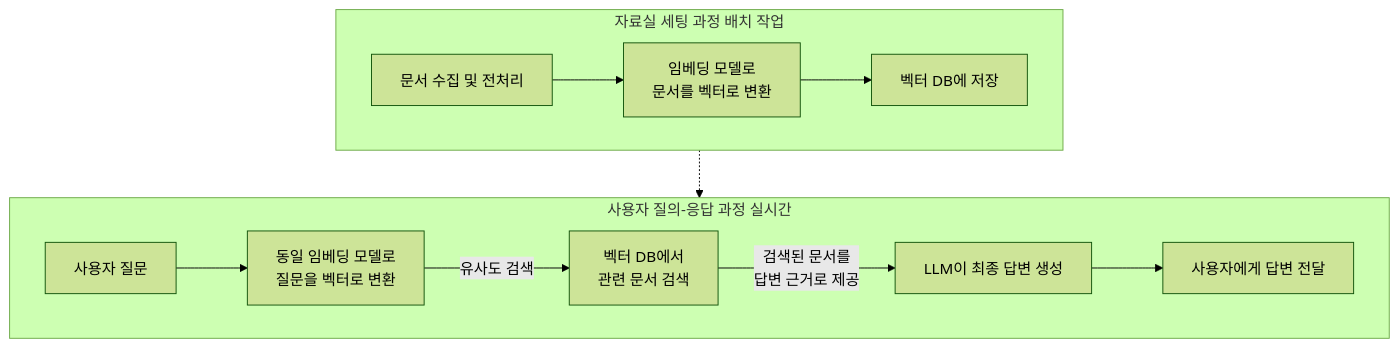
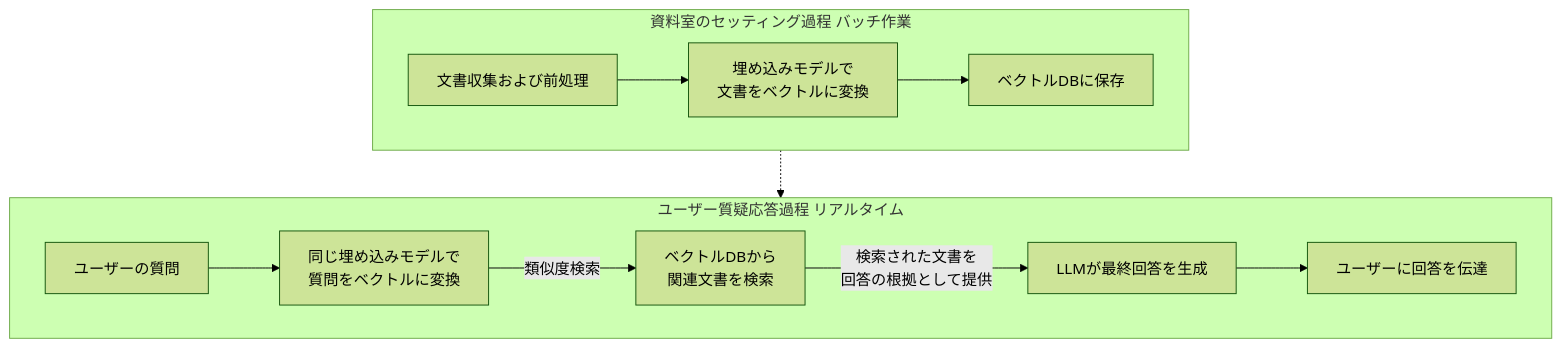
One commit to DramaticCollaboration/empasy.io changed the diagram in docs/ja/study/rag.md. Above: the diagram before and after it, drawn with Mermaid (forest theme). The commit also changed other lines of this file and 77 other files, not shown here.

````diff
--- a/docs/ja/study/rag.md
+++ b/docs/ja/study/rag.md
@@ -90,17 +90,17 @@
 ```mermaid
 flowchart TD
-    subgraph A [자료실 세팅 과정 배치 작업]
+    subgraph A [資料室のセッティング過程 バッチ作業]
         direction LR
-        A1[문서 수집 및 전처리] --> A2[임베딩 모델로<br>문서를 벡터로 변환] --> A3[벡터 DB에 저장]
+        A1[文書収集および前処理] --> A2[埋め込みモデルで<br>文書をベクトルに変換] --> A3[ベクトルDBに保存]
     end
 
-    subgraph B [사용자 질의-응답 과정 실시간]
+    subgraph B [ユーザー質疑応答過程 リアルタイム]
         direction LR
-        B1[사용자 질문] --> B2[동일 임베딩 모델로<br>질문을 벡터로 변환]
-        B2 -- 유사도 검색 --> B3[벡터 DB에서<br>관련 문서 검색]
-        B3 -- 검색된 문서를<br>답변 근거로 제공 --> B4[LLM이 최종 답변 생성]
-        B4 --> B5[사용자에게 답변 전달]
+        B1[ユーザーの質問] --> B2[同じ埋め込みモデルで<br>質問をベクトルに変換]
+        B2 -- 類似度検索 --> B3[ベクトルDBから<br>関連文書を検索]
+        B3 -- 検索された文書を<br>回答の根拠として提供 --> B4[LLMが最終回答を生成]
+        B4 --> B5[ユーザーに回答を伝達]
     end
 
     A3 -.-> B3
 ```
````
